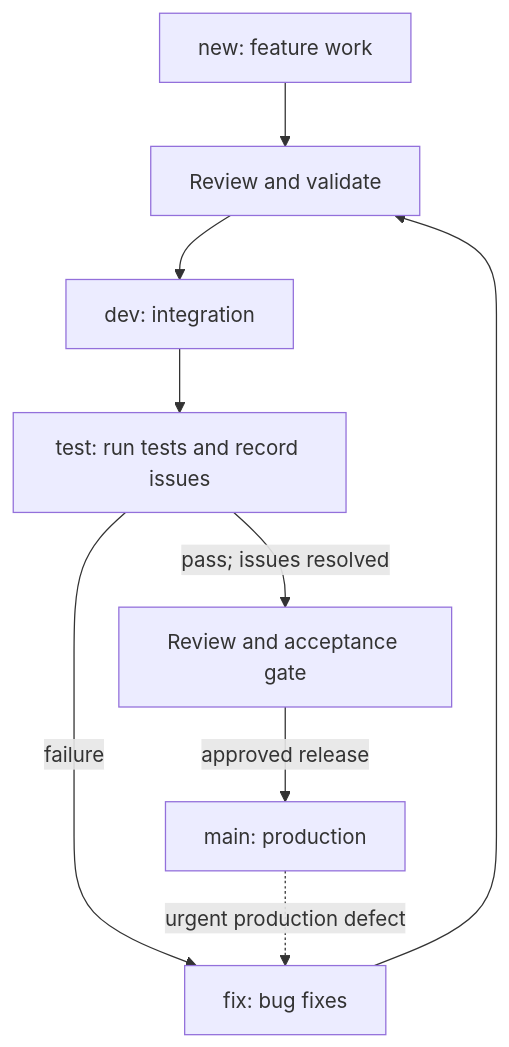
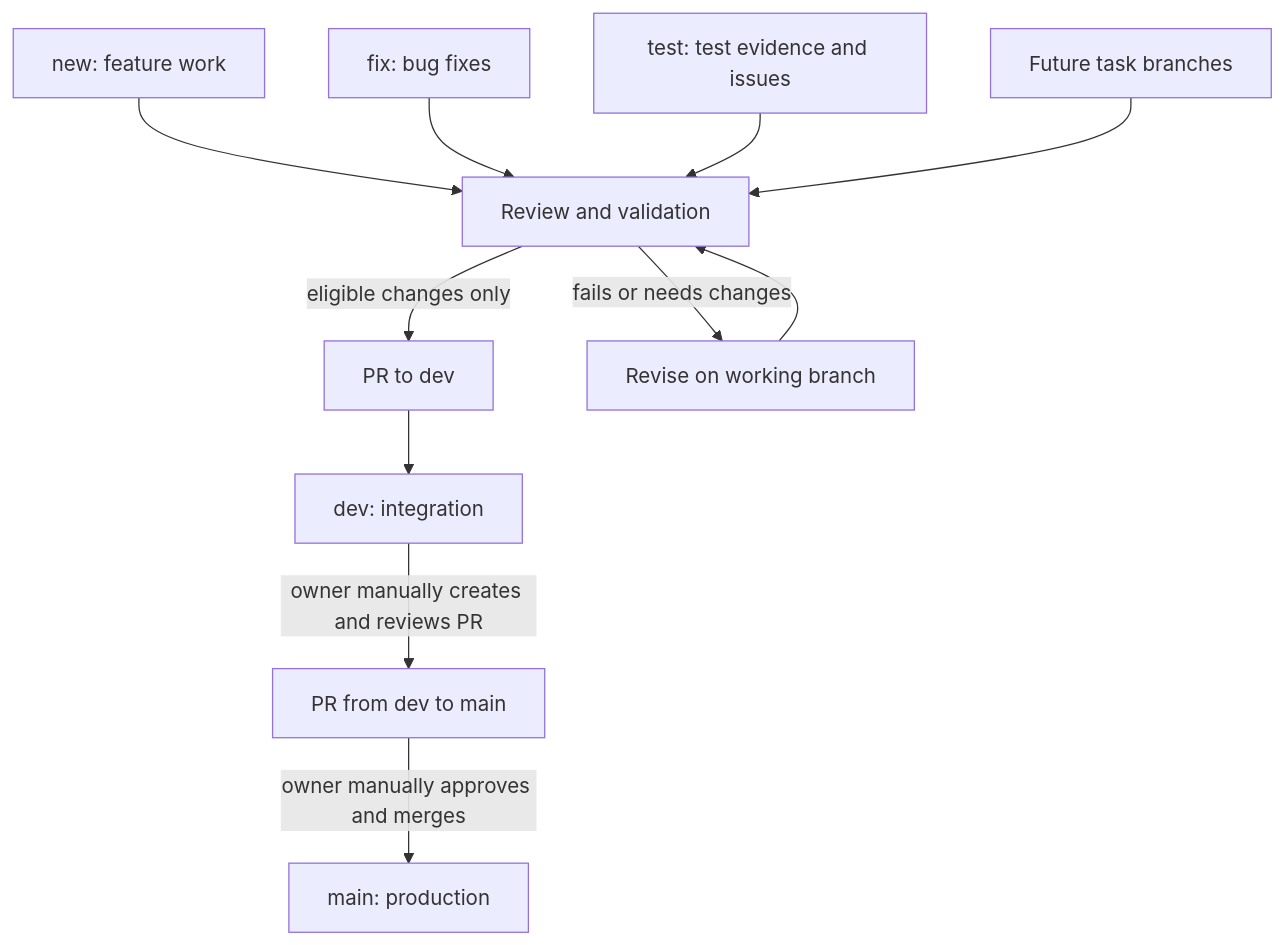
The tenth of 10 diagrams in README.md (ASAA1229/JARVIS), drawn with Mermaid before and after one commit. The commit also changed other lines of this file, not shown here.

Commit message:
docs: clarify branch operations and PR release gates

````diff
--- a/README.md
+++ b/README.md
@@ -486,11 +486,13 @@
 ```mermaid
 flowchart TD
-    NEW[new: feature work] --> REVIEW[Review and validate]
-    FIX[fix: bug fixes] --> REVIEW
-    REVIEW --> DEV[dev: integration]
-    DEV --> TEST[test: run tests and record issues]
-    TEST -->|pass; issues resolved| RELEASE[Review and acceptance gate]
-    TEST -->|failure| FIX
-    RELEASE -->|approved release| MAIN[main: production]
-    MAIN -.->|urgent production defect| FIX
+    NEW[new: feature work] --> CHECK[Review and validation]
+    FIX[fix: bug fixes] --> CHECK
+    TEST[test: test evidence and issues] --> CHECK
+    EXTRA[Future task branches] --> CHECK
+    CHECK -->|eligible changes only| PRDEV[PR to dev]
+    PRDEV --> DEV[dev: integration]
+    DEV -->|owner manually creates and reviews PR| PRMAIN[PR from dev to main]
+    PRMAIN -->|owner manually approves and merges| MAIN[main: production]
+    CHECK -->|fails or needs changes| WORK[Revise on working branch]
+    WORK --> CHECK
 ```
````
